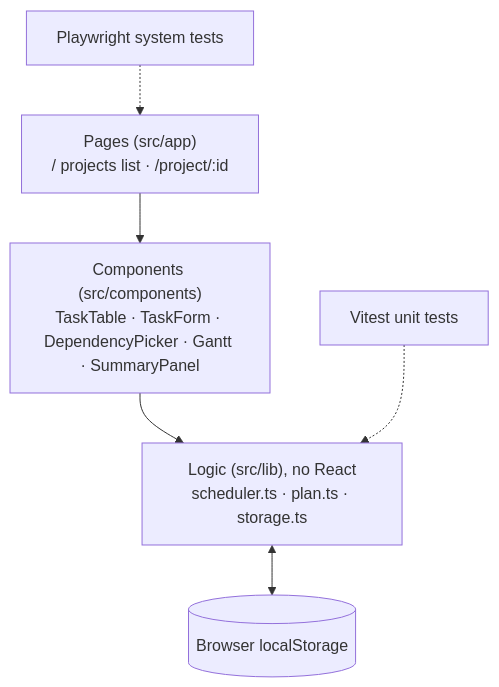
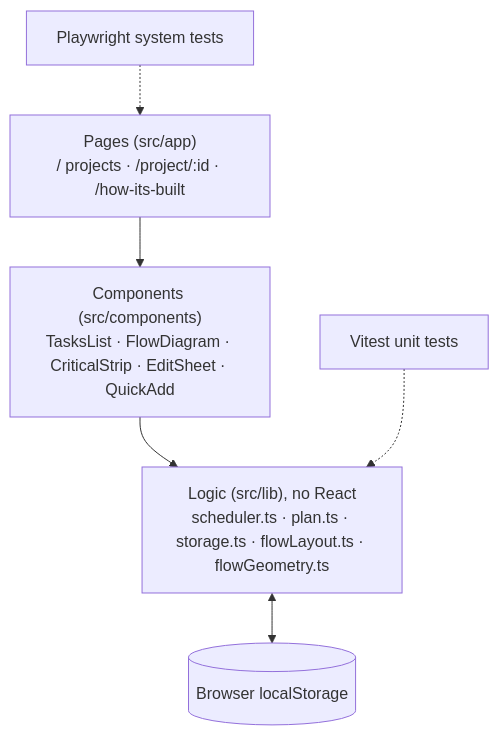
One commit to ahmed-malikk/FlowPlan changed the first of 3 diagrams in README.md. Above: the diagram before and after it, drawn with Mermaid. The commit also changed other lines of this file and 10 other files, not shown here.

````diff
--- a/README.md
+++ b/README.md
@@ -41,8 +42,8 @@
 ```mermaid
 flowchart TB
-  P["Pages (src/app)<br/>/ projects list · /project/:id"] --> C["Components (src/components)<br/>TaskTable · TaskForm · DependencyPicker · Gantt · SummaryPanel"]
-  C --> L["Logic (src/lib), no React<br/>scheduler.ts · plan.ts · storage.ts"]
+  P["Pages (src/app)<br/>/ projects · /project/:id · /how-its-built"] --> C["Components (src/components)<br/>TasksList · FlowDiagram · CriticalStrip · EditSheet · QuickAdd"]
+  C --> L["Logic (src/lib), no React<br/>scheduler.ts · plan.ts · storage.ts · flowLayout.ts · flowGeometry.ts"]
   L <--> S[("Browser localStorage")]
   T["Vitest unit tests"] -.-> L
   E["Playwright system tests"] -.-> P
 ```
````
